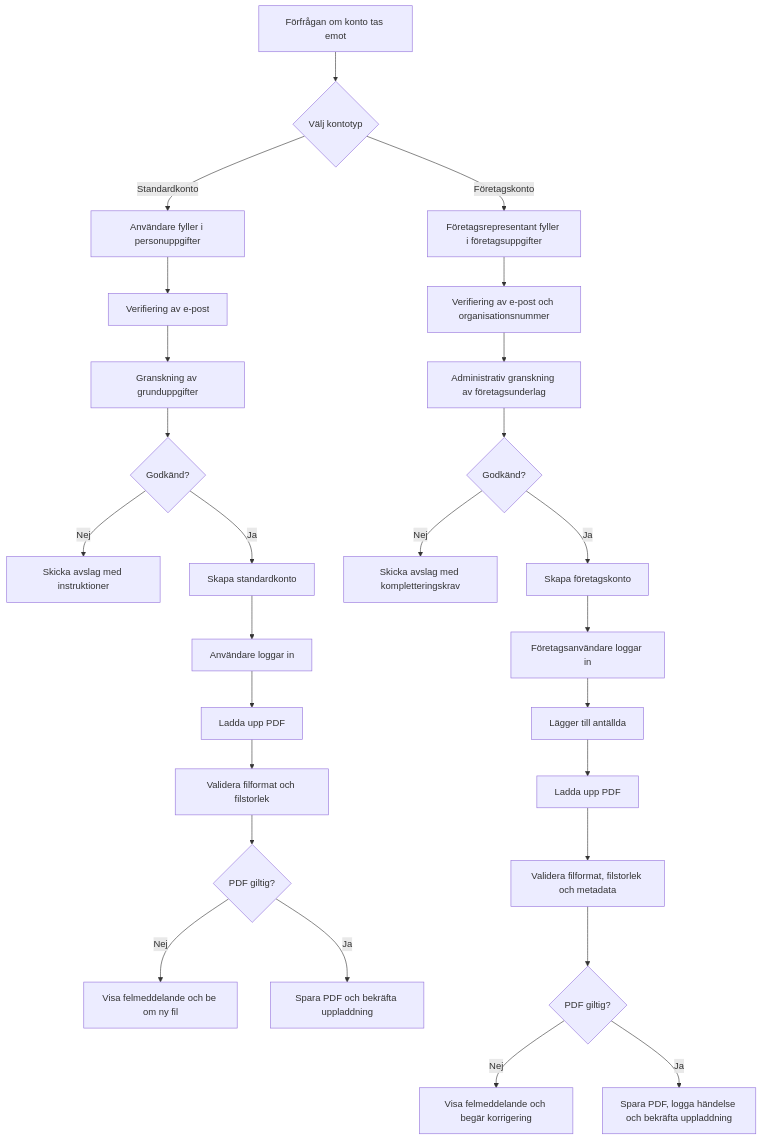
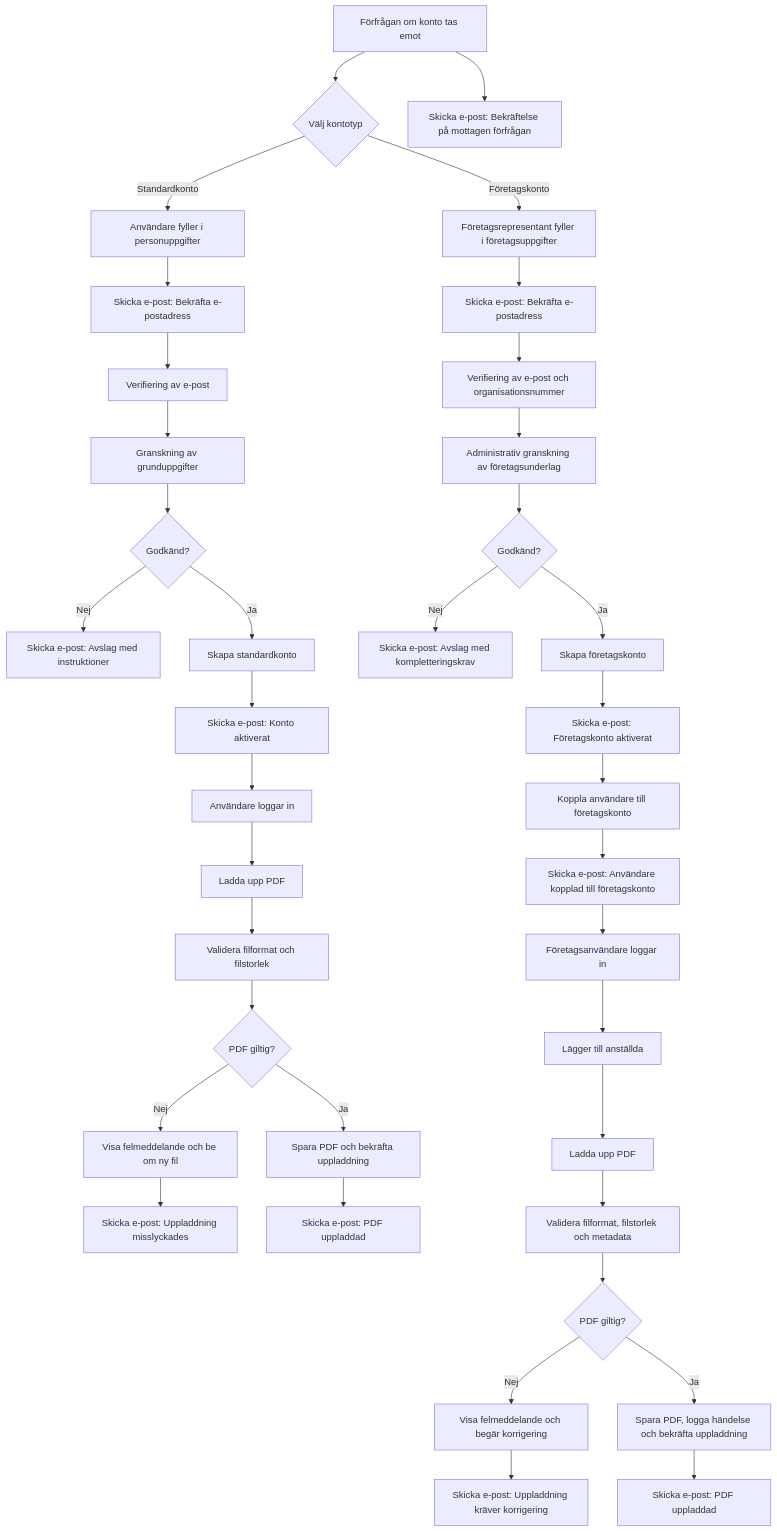
Before and after one commit to Mr-cool08/JK-utbildnings-intyg: the diagram in ACCOUNT_REQUEST_TO_PDF_FLOW.md, drawn with Mermaid.

Commit message:
Uppdatera flödesschema med användarkoppling och e-poststeg

````diff
--- a/ACCOUNT_REQUEST_TO_PDF_FLOW.md
+++ b/ACCOUNT_REQUEST_TO_PDF_FLOW.md
@@ -5,31 +5,42 @@
 ```mermaid
 flowchart TD
     A[Förfrågan om konto tas emot] --> B{Välj kontotyp}
+    A --> A1[Skicka e-post: Bekräftelse på mottagen förfrågan]
 
     B -->|Standardkonto| C[Användare fyller i personuppgifter]
-    C --> D[Verifiering av e-post]
+    C --> C1[Skicka e-post: Bekräfta e-postadress]
+    C1 --> D[Verifiering av e-post]
     D --> E[Granskning av grunduppgifter]
     E --> F{Godkänd?}
-    F -->|Nej| G[Skicka avslag med instruktioner]
+    F -->|Nej| G[Skicka e-post: Avslag med instruktioner]
     F -->|Ja| H[Skapa standardkonto]
-    H --> I[Användare loggar in]
+    H --> H1[Skicka e-post: Konto aktiverat]
+    H1 --> I[Användare loggar in]
     I --> J[Ladda upp PDF]
     J --> K[Validera filformat och filstorlek]
     K --> L{PDF giltig?}
     L -->|Nej| M[Visa felmeddelande och be om ny fil]
+    M --> M1[Skicka e-post: Uppladdning misslyckades]
     L -->|Ja| N[Spara PDF och bekräfta uppladdning]
+    N --> N1[Skicka e-post: PDF uppladdad]
 
     B -->|Företagskonto| O[Företagsrepresentant fyller i företagsuppgifter]
-    O --> P[Verifiering av e-post och organisationsnummer]
+    O --> O1[Skicka e-post: Bekräfta e-postadress]
+    O1 --> P[Verifiering av e-post och organisationsnummer]
     P --> Q[Administrativ granskning av företagsunderlag]
     Q --> R{Godkänd?}
-    R -->|Nej| S[Skicka avslag med kompletteringskrav]
+    R -->|Nej| S[Skicka e-post: Avslag med kompletteringskrav]
     R -->|Ja| T[Skapa företagskonto]
-    T --> U[Företagsanvändare loggar in]
-    U --> V[Lägger till antällda]
-    V --> W[Ladda upp PDF]
-    W --> X[Validera filformat, filstorlek och metadata]
-    X --> Y{PDF giltig?}
+    T --> T1[Skicka e-post: Företagskonto aktiverat]
+    T1 --> U[Koppla användare till företagskonto]
+    U --> U1[Skicka e-post: Användare kopplad till företagskonto]
+    U1 --> V[Företagsanvändare loggar in]
+    V --> W[Lägger till anställda]
+    W --> X[Ladda upp PDF]
+    X --> X1[Validera filformat, filstorlek och metadata]
+    X1 --> Y{PDF giltig?}
     Y -->|Nej| Z[Visa felmeddelande och begär korrigering]
+    Z --> Z1[Skicka e-post: Uppladdning kräver korrigering]
     Y -->|Ja| AA[Spara PDF, logga händelse och bekräfta uppladdning]
+    AA --> AA1[Skicka e-post: PDF uppladdad]
 ```
````
